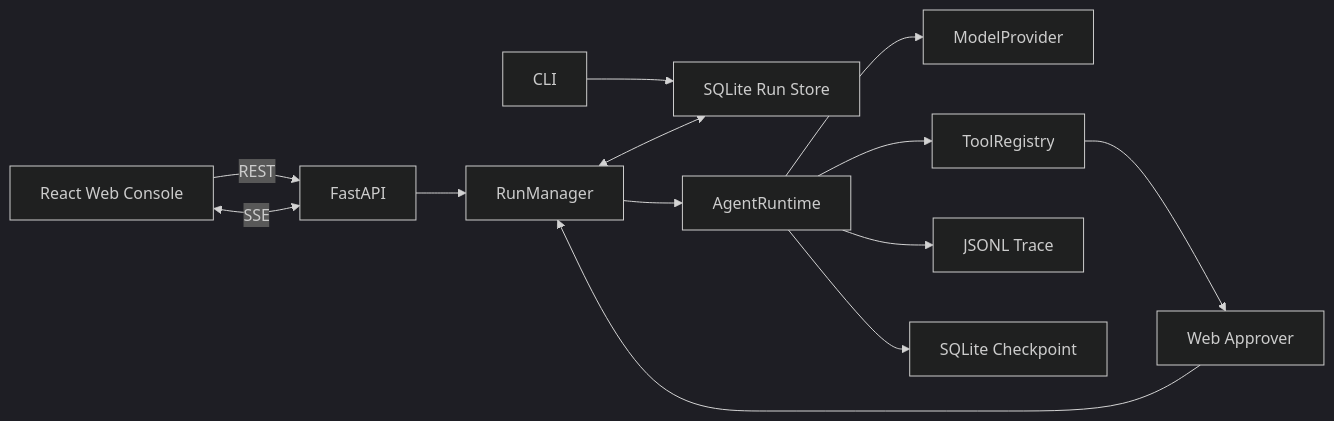
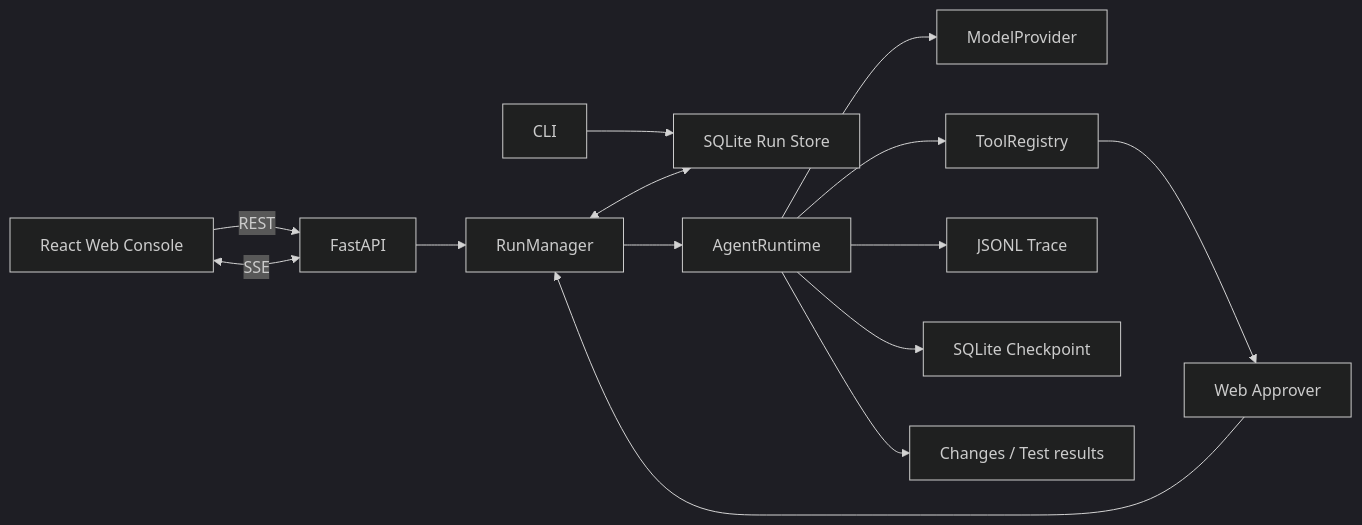
Before and after one commit to lucying-y/minicode-agent: the diagram in docs/web-console.zh-CN.md, drawn with Mermaid (dark theme). The commit also changed other lines of this file and 37 other files, not shown here.

````diff
--- a/docs/web-console.zh-CN.md
+++ b/docs/web-console.zh-CN.md
@@ -167,15 +173,16 @@
 ```mermaid
 flowchart LR
     CLI["CLI"] --> Store["SQLite Run Store"]
     Browser["React Web Console"] -->|"REST"| API["FastAPI"]
     Browser <-->|"SSE"| API
     API --> Manager["RunManager"]
     Manager <--> Store
     Manager --> Runtime["AgentRuntime"]
     Runtime --> Provider["ModelProvider"]
     Runtime --> Registry["ToolRegistry"]
     Registry --> Approver["Web Approver"]
     Approver --> Manager
     Runtime --> Trace["JSONL Trace"]
     Runtime --> Checkpoint["SQLite Checkpoint"]
+    Runtime --> Artifacts["Changes / Test results"]
 ```
````
